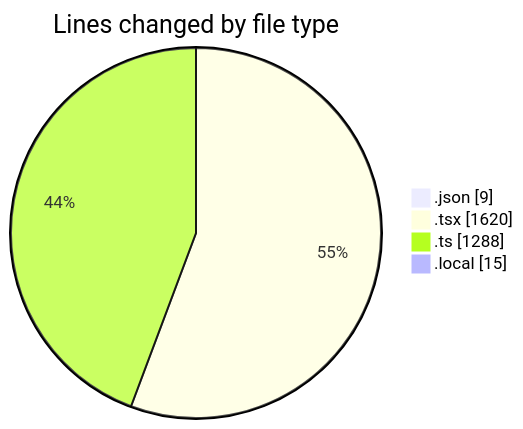
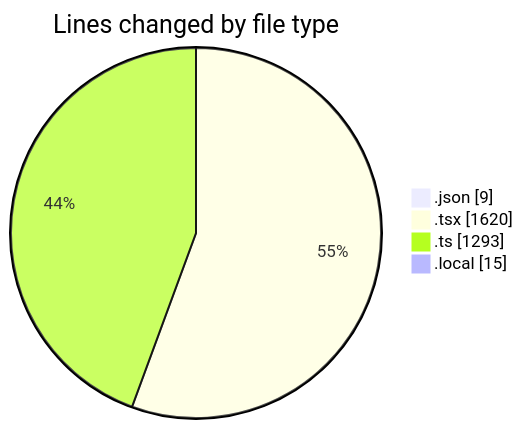
The first of 2 diagrams in 2025-10-27/eventscop-frontend-guide__workspace_/README.md (julien-gomy/code-tracking), drawn with Mermaid before and after one commit. The commit also changed other lines of this file and 1 other file, not shown here.

````diff
--- a/2025-10-27/eventscop-frontend-guide__workspace_/README.md
+++ b/2025-10-27/eventscop-frontend-guide__workspace_/README.md
@@ -35,8 +35,8 @@
 ```mermaid
 pie showData
 title Lines changed by file type
 ".json" : 9
 ".tsx" : 1620
-".ts" : 1288
+".ts" : 1293
 ".local" : 15
 ```
````
